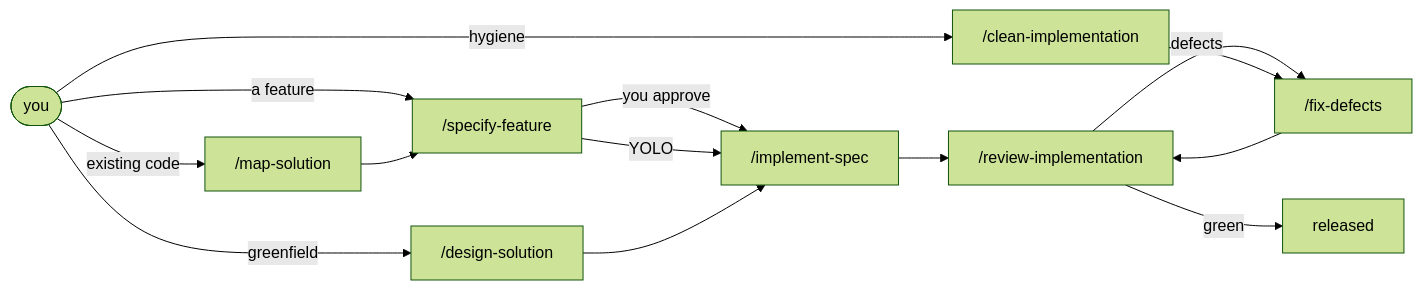
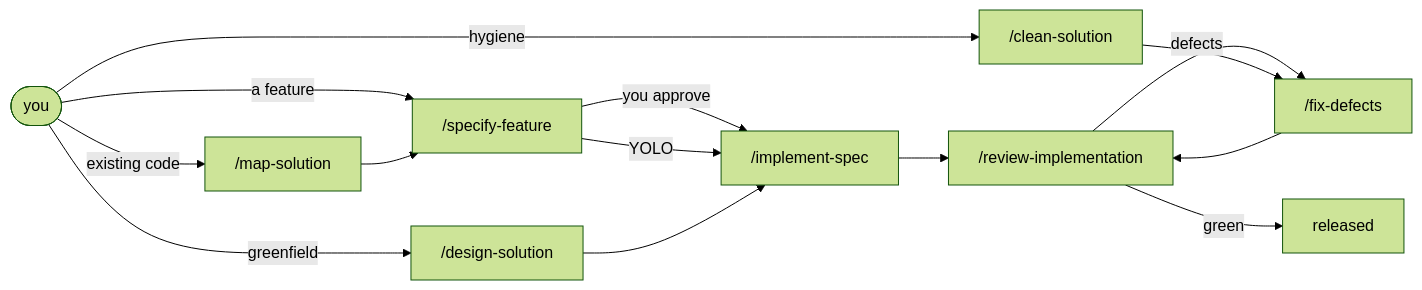
The first of 5 diagrams in docs/AIDD.workflow.md (AIDDbot/AIDDbot), drawn with Mermaid (forest theme) before and after one commit. The commit also changed other lines of this file and 11 other files, not shown here.

First line of the commit message:
feat(commands): introduce clean-solution command and update related documentation

````diff
--- a/docs/AIDD.workflow.md
+++ b/docs/AIDD.workflow.md
@@ -34,17 +34,17 @@
 ```mermaid
 flowchart LR
   YOU([you])
   YOU -->|existing code| MAP["/map-solution"]
   YOU -->|greenfield| DES["/design-solution"]
   YOU -->|a feature| FEAT["/specify-feature"]
   MAP --> FEAT
   FEAT -->|you approve| IMP["/implement-spec"]
   FEAT -->|YOLO| IMP
   DES --> IMP
   IMP --> REV["/review-implementation"]
   REV -->|defects| FIX["/fix-defects"]
   FIX --> REV
   REV -->|green| REL[released]
-  YOU -->|hygiene| CLEAN["/clean-implementation"]
+  YOU -->|hygiene| CLEAN["/clean-solution"]
   CLEAN --> FIX
 ```
````
